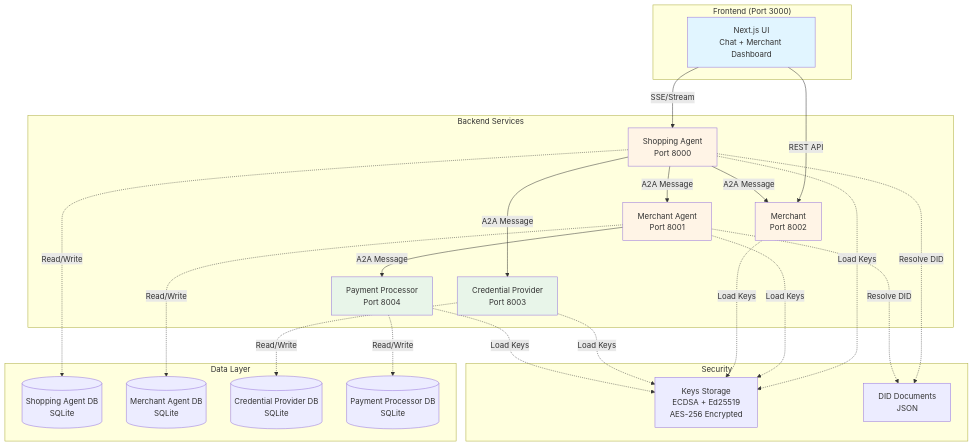
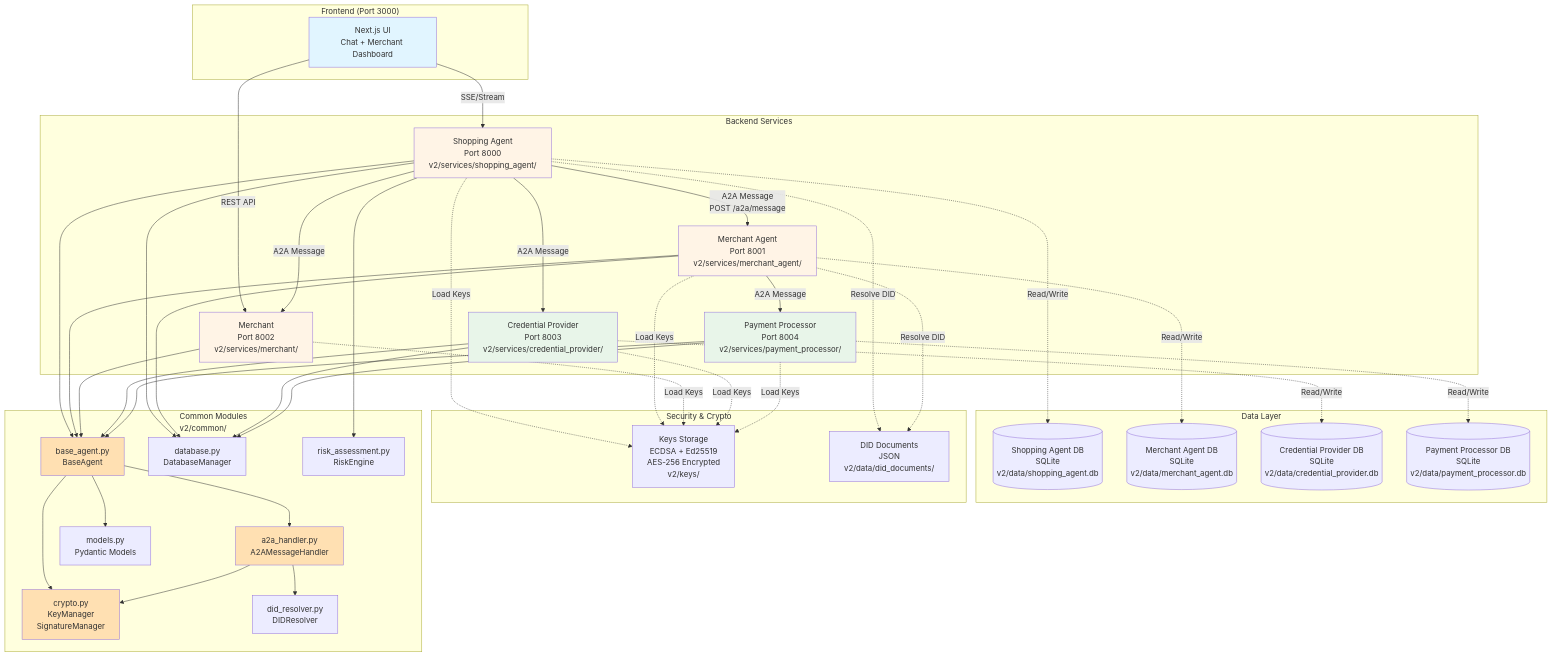
The first of 7 diagrams in README.md (tubone24/AP2_demo_app), drawn with Mermaid before and after one commit. The commit also changed other lines of this file and 6 other files, not shown here.

````diff
--- a/README.md
+++ b/README.md
@@ -52,29 +52,39 @@
     end
 
     subgraph "Backend Services"
-        SA[Shopping Agent<br/>Port 8000]
-        MA[Merchant Agent<br/>Port 8001]
-        M[Merchant<br/>Port 8002]
-        CP[Credential Provider<br/>Port 8003]
-        PP[Payment Processor<br/>Port 8004]
+        SA[Shopping Agent<br/>Port 8000<br/>v2/services/shopping_agent/]
+        MA[Merchant Agent<br/>Port 8001<br/>v2/services/merchant_agent/]
+        M[Merchant<br/>Port 8002<br/>v2/services/merchant/]
+        CP[Credential Provider<br/>Port 8003<br/>v2/services/credential_provider/]
+        PP[Payment Processor<br/>Port 8004<br/>v2/services/payment_processor/]
     end
 
     subgraph "Data Layer"
-        DB1[(Shopping Agent DB<br/>SQLite)]
-        DB2[(Merchant Agent DB<br/>SQLite)]
-        DB3[(Credential Provider DB<br/>SQLite)]
-        DB4[(Payment Processor DB<br/>SQLite)]
+        DB1[(Shopping Agent DB<br/>SQLite<br/>v2/data/shopping_agent.db)]
+        DB2[(Merchant Agent DB<br/>SQLite<br/>v2/data/merchant_agent.db)]
+        DB3[(Credential Provider DB<br/>SQLite<br/>v2/data/credential_provider.db)]
+        DB4[(Payment Processor DB<br/>SQLite<br/>v2/data/payment_processor.db)]
     end
 
-    subgraph "Security"
-        KEYS[Keys Storage<br/>ECDSA + Ed25519<br/>AES-256 Encrypted]
-        DID[DID Documents<br/>JSON]
+    subgraph "Security & Crypto"
+        KEYS[Keys Storage<br/>ECDSA + Ed25519<br/>AES-256 Encrypted<br/>v2/keys/]
+        DID[DID Documents<br/>JSON<br/>v2/data/did_documents/]
+    end
+
+    subgraph "Common Modules<br/>v2/common/"
+        BASE[base_agent.py<br/>BaseAgent]
+        A2A[a2a_handler.py<br/>A2AMessageHandler]
+        CRYPTO[crypto.py<br/>KeyManager<br/>SignatureManager]
+        MODELS[models.py<br/>Pydantic Models]
+        DB[database.py<br/>DatabaseManager]
+        RISK[risk_assessment.py<br/>RiskEngine]
+        DID_RESOLVER[did_resolver.py<br/>DIDResolver]
     end
 
     UI -->|SSE/Stream| SA
     UI -->|REST API| M
 
-    SA -->|A2A Message| MA
+    SA -->|A2A Message<br/>POST /a2a/message| MA
     SA -->|A2A Message| CP
     SA -->|A2A Message| M
     MA -->|A2A Message| PP
@@ -93,10 +103,33 @@
     SA -.->|Resolve DID| DID
     MA -.->|Resolve DID| DID
 
+    SA --> BASE
+    MA --> BASE
+    M --> BASE
+    CP --> BASE
+    PP --> BASE
+
+    BASE --> A2A
+    BASE --> CRYPTO
+    BASE --> MODELS
+
+    A2A --> CRYPTO
+    A2A --> DID_RESOLVER
+
+    SA --> DB
+    MA --> DB
+    CP --> DB
+    PP --> DB
+
+    SA --> RISK
+
     style UI fill:#e1f5ff
     style SA fill:#fff4e6
     style MA fill:#fff4e6
     style M fill:#fff4e6
     style CP fill:#e8f5e9
     style PP fill:#e8f5e9
+    style BASE fill:#ffe0b2
+    style A2A fill:#ffe0b2
+    style CRYPTO fill:#ffe0b2
 ```
````
